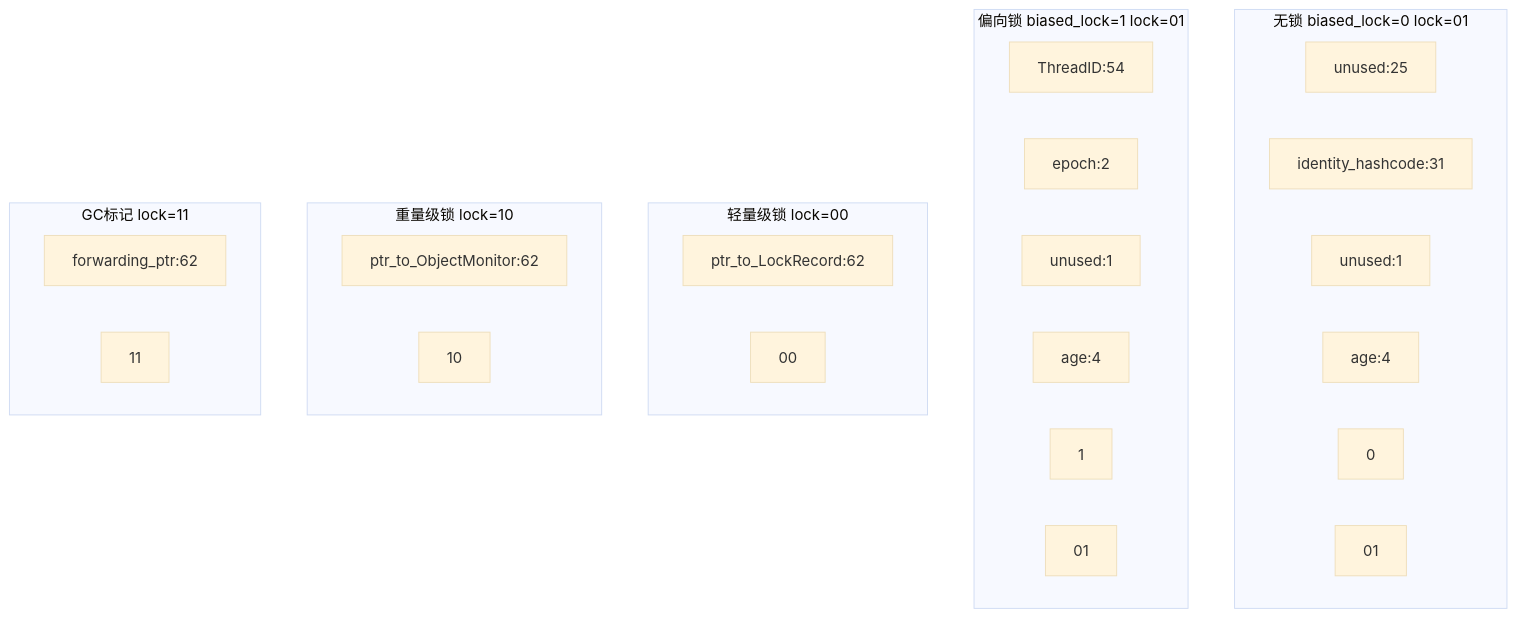
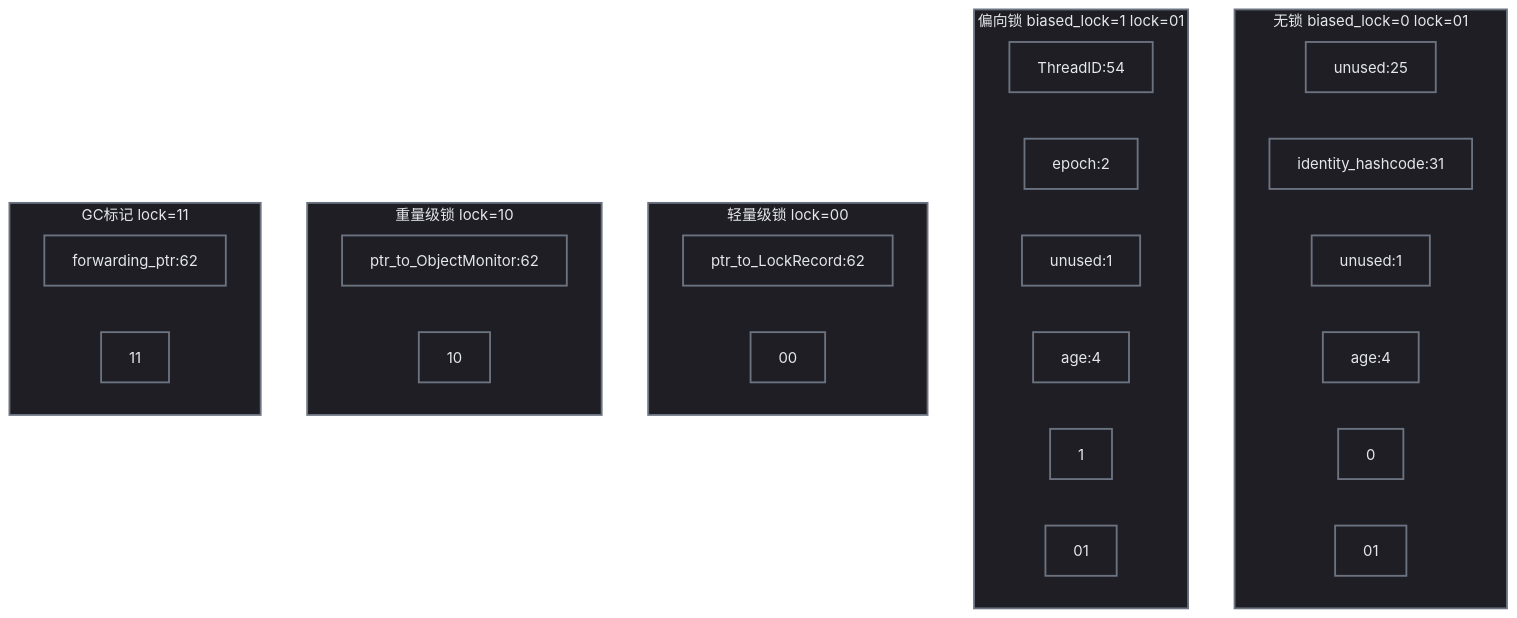
Diagram 11 of 12 in content/posts/concurrency/SynchronizedLockUpgrade.md (yaocat55/yaocat55.github.io), drawn with Mermaid (base theme) before and after one commit. The commit also changed other lines of this file and 155 other files, not shown here.

````diff
--- a/content/posts/concurrency/SynchronizedLockUpgrade.md
+++ b/content/posts/concurrency/SynchronizedLockUpgrade.md
@@ -689,31 +721,35 @@
 ```mermaid
 flowchart TD
+%% 半暗底色 + 高亮描边：完美适配博客深色/浅色双主题 %%
+classDef process fill:#1e1e24,stroke:#6b7280,stroke-width:2px,color:#e5e7eb;
     subgraph S1["无锁 biased_lock=0 lock=01"]
         S1A["unused:25"]
         S1B["identity_hashcode:31"]
         S1C["unused:1"]
         S1D["age:4"]
         S1E["0"]
         S1F["01"]
     end
     subgraph S2["偏向锁 biased_lock=1 lock=01"]
         S2A["ThreadID:54"]
         S2B["epoch:2"]
         S2C["unused:1"]
         S2D["age:4"]
         S2E["1"]
         S2F["01"]
     end
     subgraph S3["轻量级锁 lock=00"]
         S3A["ptr_to_LockRecord:62"]
         S3B["00"]
     end
     subgraph S4["重量级锁 lock=10"]
         S4A["ptr_to_ObjectMonitor:62"]
         S4B["10"]
     end
     subgraph S5["GC标记 lock=11"]
         S5A["forwarding_ptr:62"]
         S5B["11"]
     end
+
+class S1,S1A,S1B,S1C,S1D,S1E,S1F,S2,S2A,S2B,S2C,S2D,S2E,S2F,S3,S3A,S3B,S4,S4A,S4B,S5,S5A,S5B process;
 ```
````
